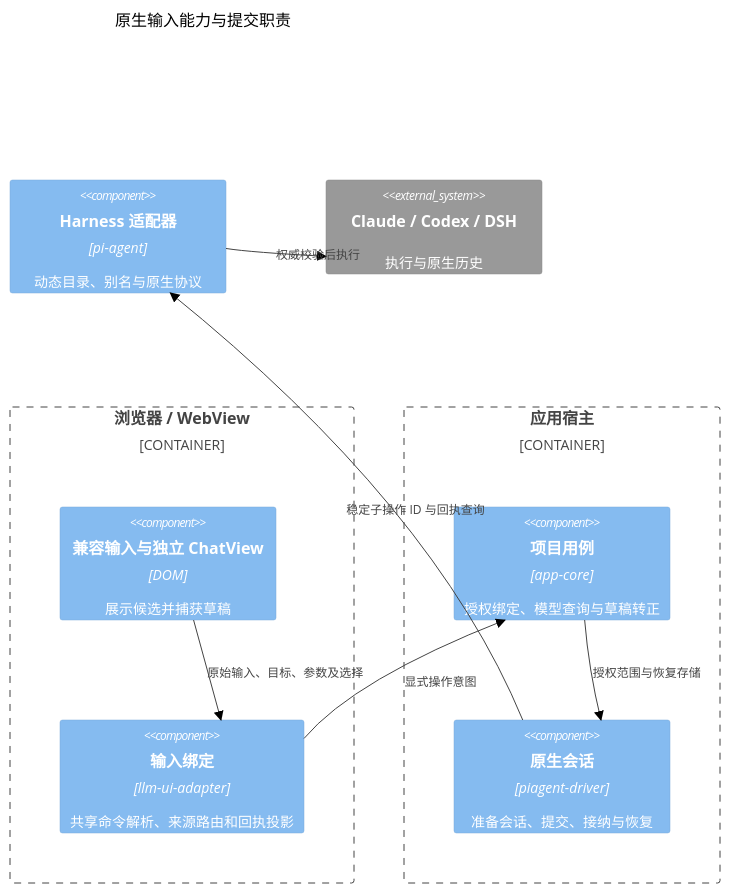
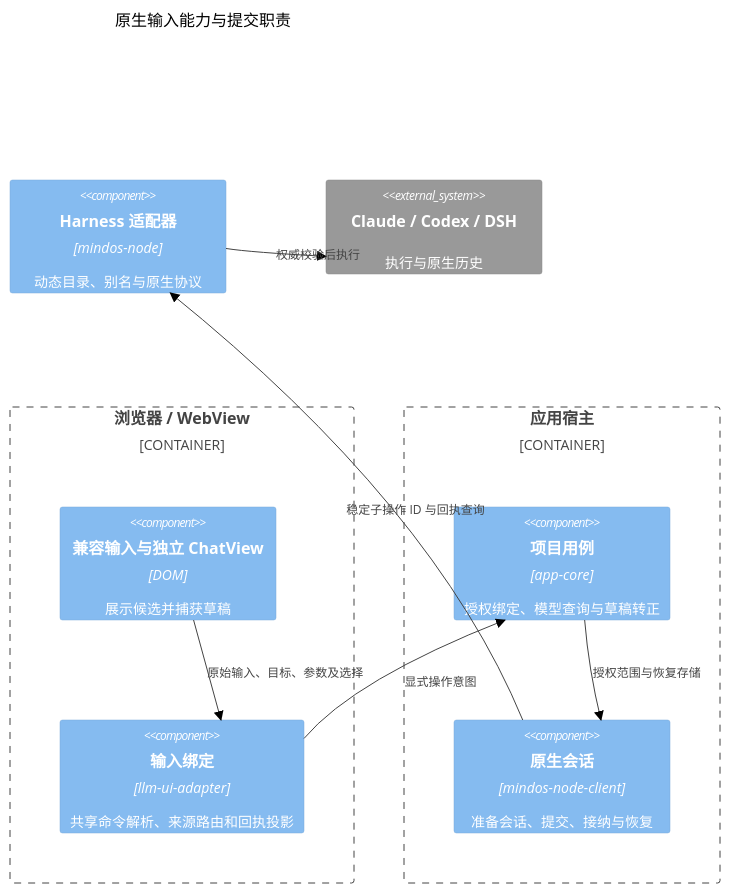
The sixth of 6 diagrams in doc/design/llm-ui-independent-module.md (mushuanli/NestOS), drawn with Mermaid (neutral theme) before and after one commit. The commit also changed other lines of this file and 113 other files, not shown here.

Commit message:
refactor(mindos-node): migrate service and client naming across workspaces

````diff
--- a/doc/design/llm-ui-independent-module.md
+++ b/doc/design/llm-ui-independent-module.md
@@ -317,19 +317,19 @@
 ```mermaid
 C4Component
     title 原生输入能力与提交职责
     Container_Boundary(ui, "浏览器 / WebView") {
         Component(views, "兼容输入与独立 ChatView", "DOM", "展示候选并捕获草稿")
         Component(binding, "输入绑定", "llm-ui-adapter", "共享命令解析、来源路由和回执投影")
     }
     Container_Boundary(host, "应用宿主") {
         Component(app, "项目用例", "app-core", "授权绑定、模型查询与草稿转正")
-        Component(driver, "原生会话", "piagent-driver", "准备会话、提交、接纳与恢复")
+        Component(driver, "原生会话", "mindos-node-client", "准备会话、提交、接纳与恢复")
     }
-    Component(native, "Harness 适配器", "pi-agent", "动态目录、别名与原生协议")
+    Component(native, "Harness 适配器", "mindos-node", "动态目录、别名与原生协议")
     System_Ext(executor, "Claude / Codex / DSH", "执行与原生历史")
     Rel(views, binding, "原始输入、目标、参数及选择")
     Rel(binding, app, "显式操作意图")
     Rel(app, driver, "授权范围与恢复存储")
     Rel(driver, native, "稳定子操作 ID 与回执查询")
     Rel(native, executor, "权威校验后执行")
 ```
````
